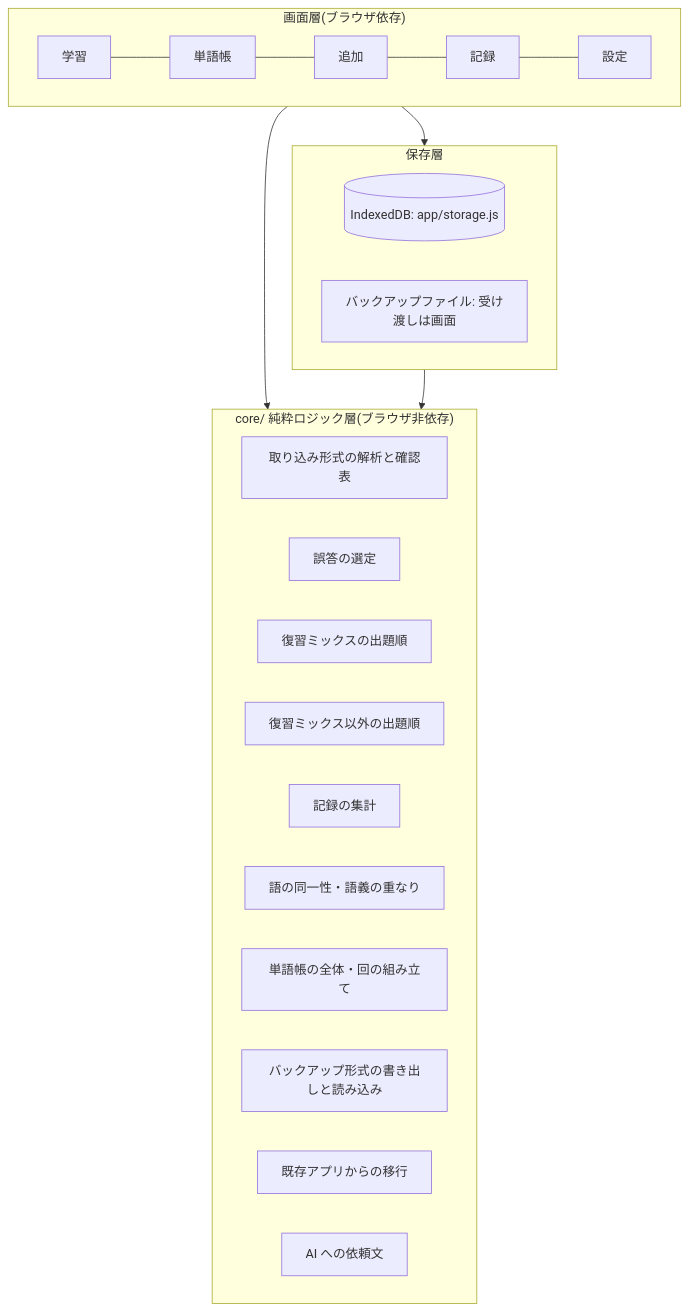
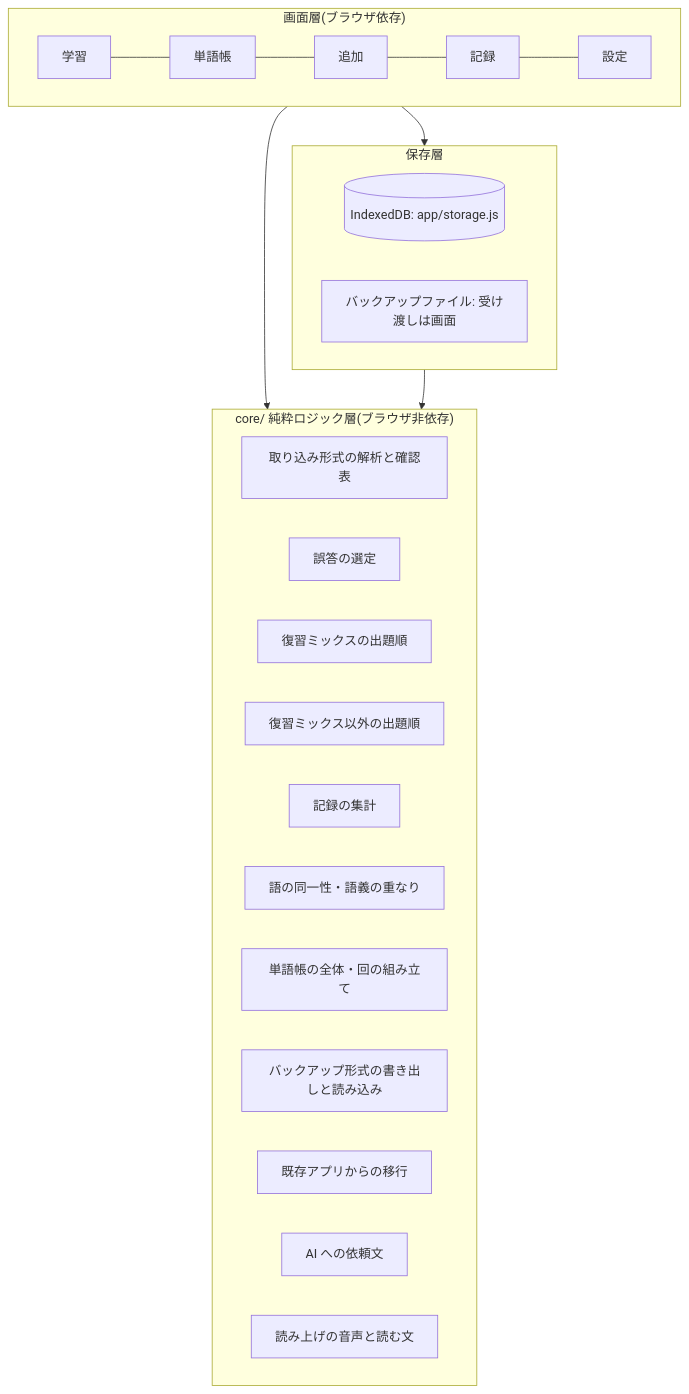
Before and after one commit to Hirano-Soura/tango-drill: the diagram in Docs/10_Design.md, drawn with Mermaid. The commit also changed other lines of this file and 22 other files, not shown here.

````diff
--- a/Docs/10_Design.md
+++ b/Docs/10_Design.md
@@ -36,28 +37,29 @@
 ```mermaid
 flowchart TB
   subgraph UI["画面層(ブラウザ依存)"]
     A[学習] --- B[単語帳]
     B --- C[追加]
     C --- D[記録]
     D --- E[設定]
   end
   subgraph CORE["core/ 純粋ロジック層(ブラウザ非依存)"]
     P[取り込み形式の解析と確認表]
     Q[誤答の選定]
     R[復習ミックスの出題順]
     O[復習ミックス以外の出題順]
     S[記録の集計]
     T[語の同一性・語義の重なり]
     K[単語帳の全体・回の組み立て]
     V[バックアップ形式の書き出しと読み込み]
     M[既存アプリからの移行]
     G[AI への依頼文]
+    W[読み上げの音声と読む文]
   end
   subgraph STORE["保存層"]
     I[(IndexedDB: app/storage.js)]
     F[バックアップファイル: 受け渡しは画面]
   end
   UI --> CORE
   UI --> STORE
   STORE --> CORE
 ```
````
